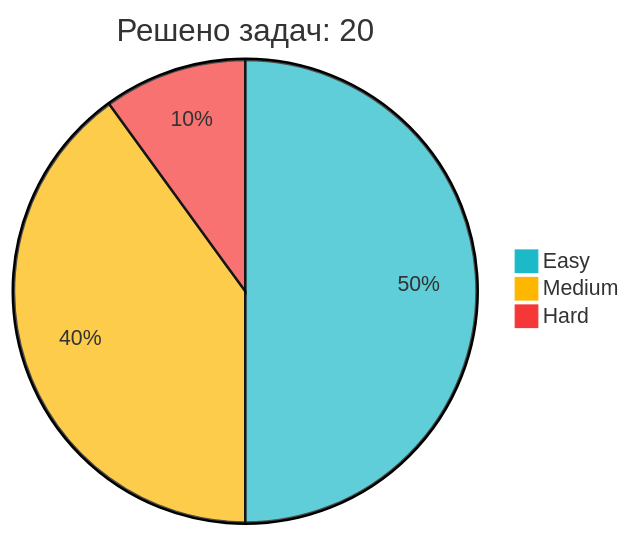
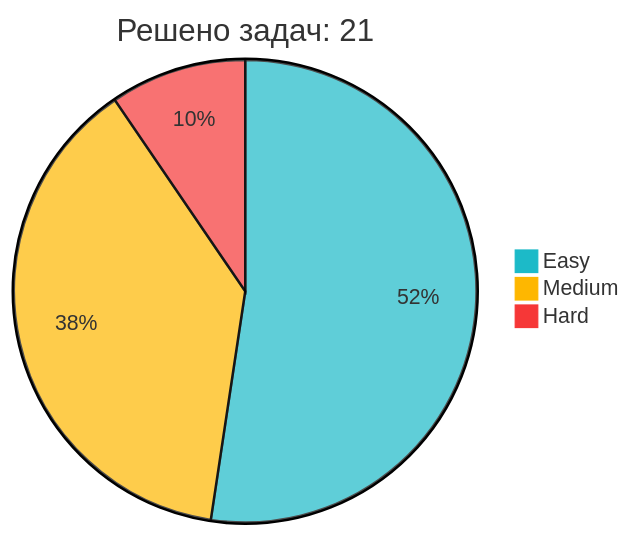
The diagram in README.md (IliaKurdukov/IliaKurdukov), drawn with Mermaid before and after one commit. The commit also changed other lines of this file, not shown here.

Commit message:
📈 Обновление статистики LeetCode

````diff
--- a/README.md
+++ b/README.md
@@ -48,7 +48,7 @@
 ```mermaid
 %%{init: {'theme': 'base', 'themeVariables': { 'pie1': '#1CBAC8', 'pie2': '#FEB700', 'pie3': '#F63737' }, 'config': {'width': 300, 'height': 200}}}%%
-pie title Решено задач: 20
-   "Easy" : 10
+pie title Решено задач: 21
+   "Easy" : 11
    "Medium" : 8
    "Hard" : 2
 ```
````
